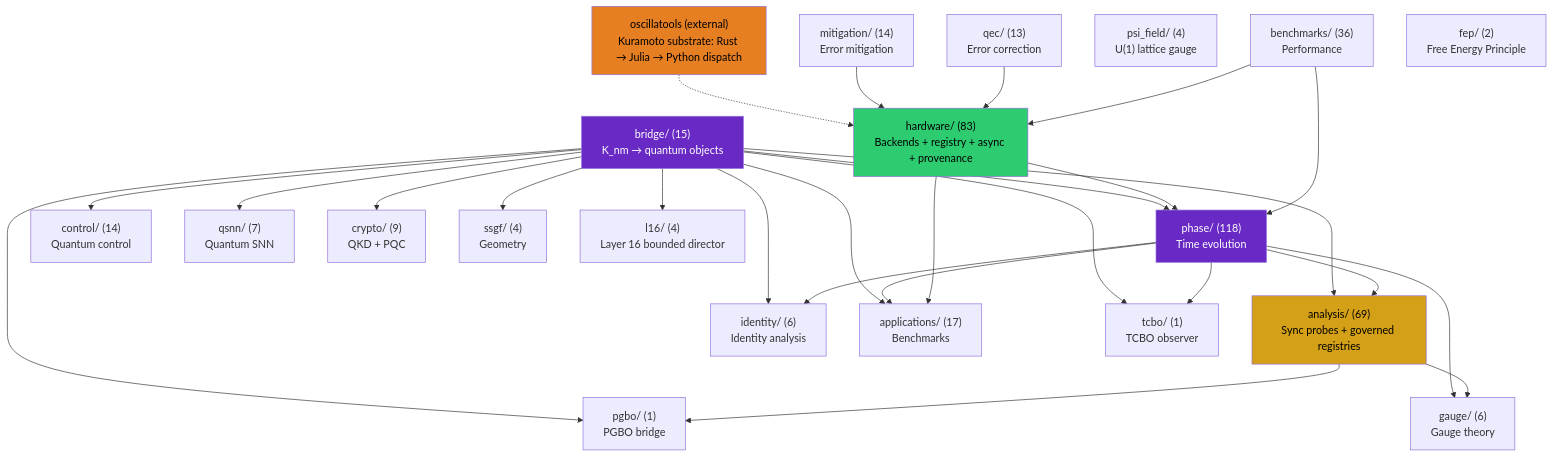
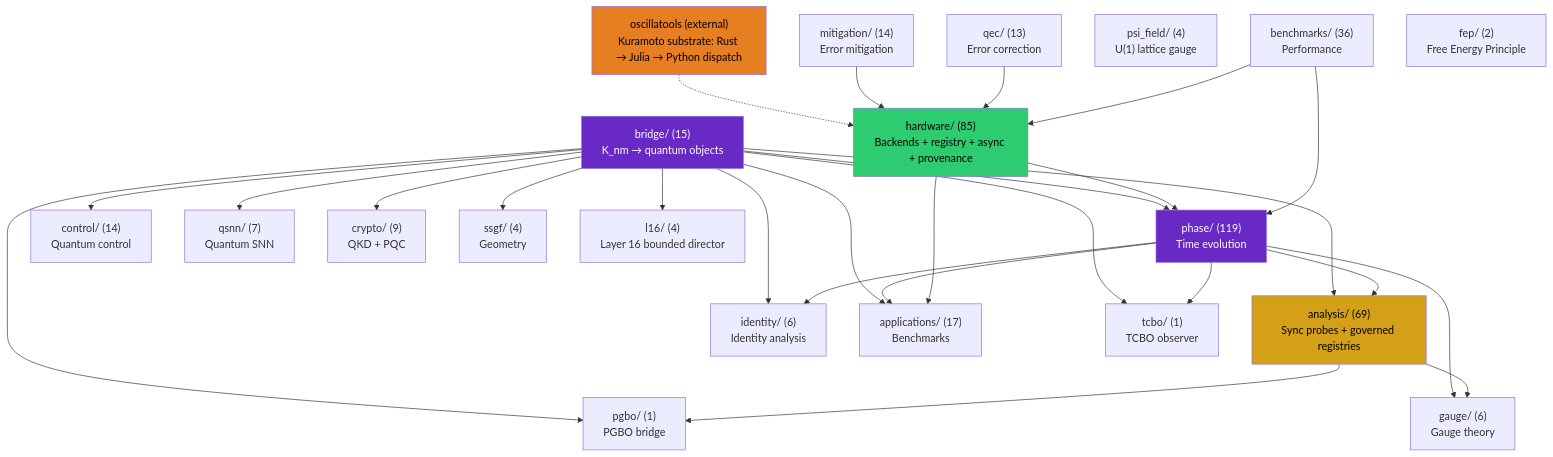
The second of 5 diagrams in docs/architecture.md (anulum/scpn-quantum-control), drawn with Mermaid before and after one commit. The commit also changed other lines of this file and 1 other file, not shown here.

Commit message:
docs: correct the module counts in the architecture map and the index
The package has 780 Python source modules; both documents still said 774.
The architecture map counted 118 modules under phase and 83 under hardware;
the tree has 119 and 85. The inventory consistency tests compare these
numbers with the tree and failed on all four.

Seat: 90ad
Authored by Anulum Fortis & Arcane Sapience (protoscience@anulum.li)

````diff
--- a/docs/architecture.md
+++ b/docs/architecture.md
@@ -749,55 +749,55 @@
 ```mermaid
 graph TD
     bridge["bridge/ (15)\nK_nm → quantum objects"]
-    phase["phase/ (118)\nTime evolution"]
+    phase["phase/ (119)\nTime evolution"]
     analysis["analysis/ (69)\nSync probes + governed registries"]
     control["control/ (14)\nQuantum control"]
     qsnn["qsnn/ (7)\nQuantum SNN"]
     identity["identity/ (6)\nIdentity analysis"]
-    hardware["hardware/ (83)\nBackends + registry + async + provenance"]
+    hardware["hardware/ (85)\nBackends + registry + async + provenance"]
     mitigation["mitigation/ (14)\nError mitigation"]
     qec["qec/ (13)\nError correction"]
     gauge["gauge/ (6)\nGauge theory"]
     apps["applications/ (17)\nBenchmarks"]
     crypto["crypto/ (9)\nQKD + PQC"]
     benchmarks["benchmarks/ (36)\nPerformance"]
     ssgf["ssgf/ (4)\nGeometry"]
     psi_field["psi_field/ (4)\nU(1) lattice gauge"]
     oscillatools["oscillatools (external)\nKuramoto substrate: Rust → Julia → Python dispatch"]
     fep["fep/ (2)\nFree Energy Principle"]
     tcbo["tcbo/ (1)\nTCBO observer"]
     pgbo["pgbo/ (1)\nPGBO bridge"]
     l16["l16/ (4)\nLayer 16 bounded director"]
 
     bridge --> phase
     bridge --> analysis
     bridge --> control
     bridge --> qsnn
     bridge --> identity
     bridge --> apps
     bridge --> crypto
     bridge --> ssgf
     phase --> analysis
     phase --> identity
     phase --> apps
     phase --> gauge
     analysis --> gauge
     hardware --> phase
     hardware --> apps
     oscillatools -.-> hardware
     mitigation --> hardware
     qec --> hardware
     benchmarks --> phase
     benchmarks --> hardware
     bridge --> tcbo
     bridge --> pgbo
     bridge --> l16
     phase --> tcbo
     analysis --> pgbo
 
     style bridge fill:#6929C4,color:#fff
     style analysis fill:#d4a017,color:#000
     style phase fill:#6929C4,color:#fff
     style hardware fill:#2ecc71,color:#000
     style oscillatools fill:#e67e22,color:#000
 ```
````
